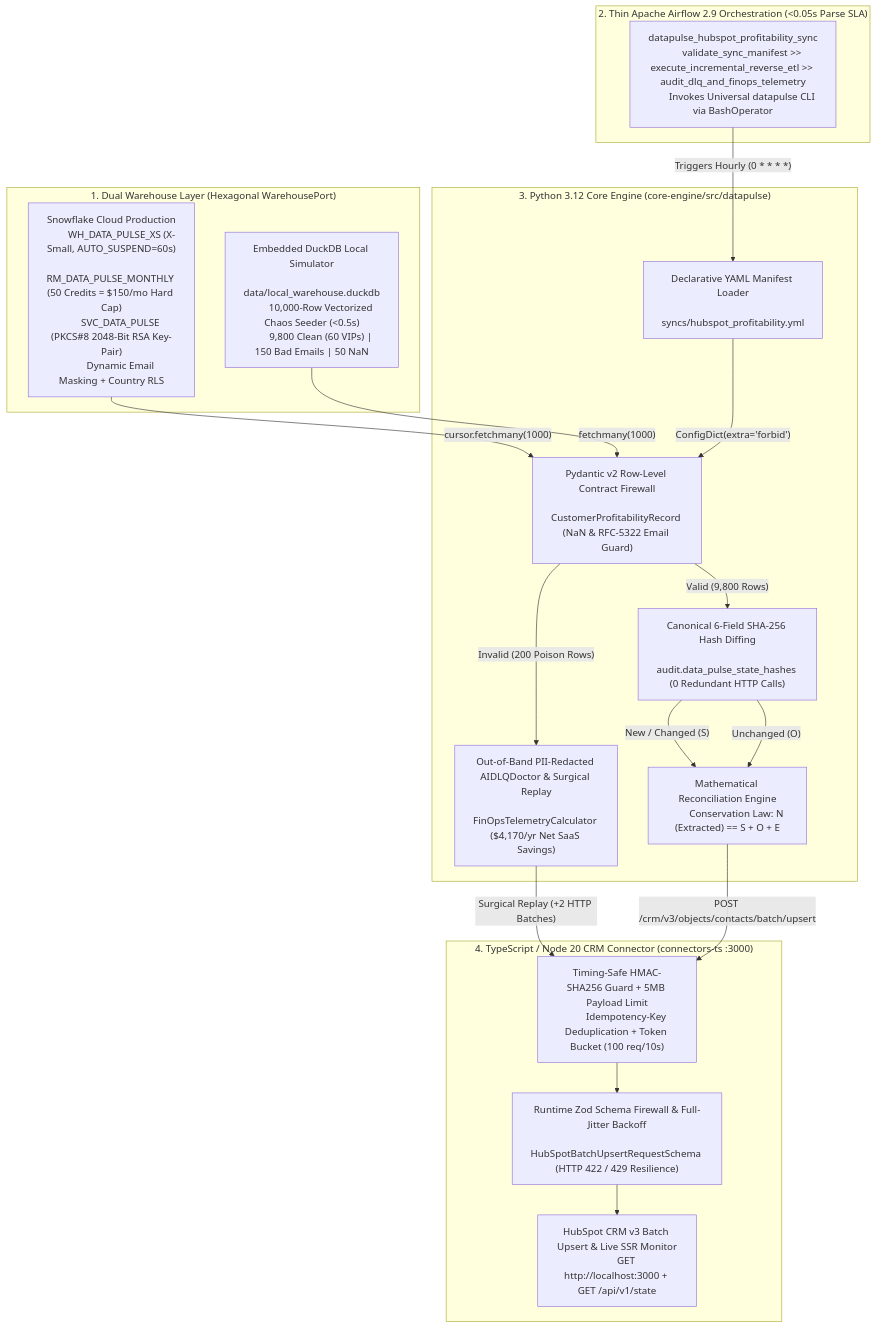
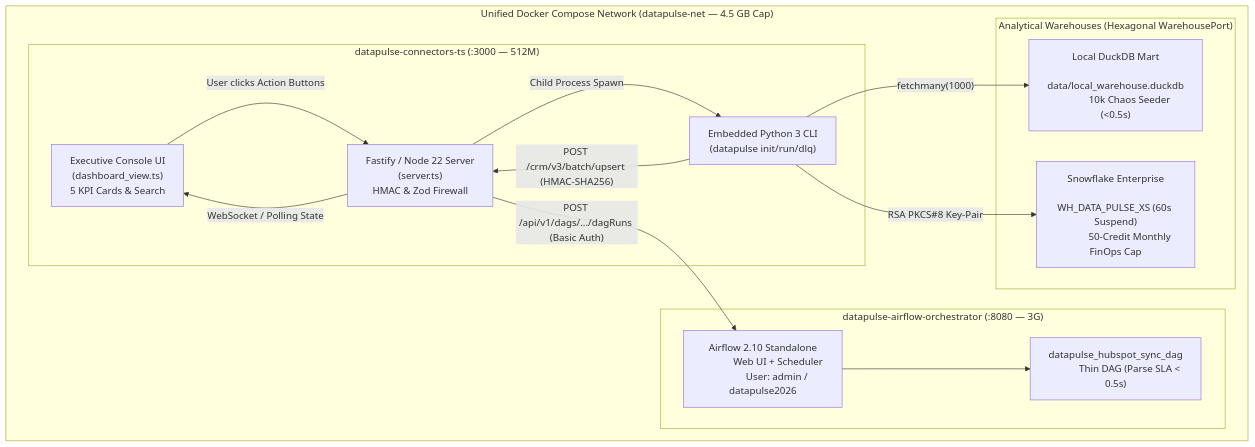
Before and after one commit to darwinabarca64/data-pulse: the first of 2 diagrams in README.md, drawn with Mermaid. The commit also changed other lines of this file and 21 other files, not shown here.

Commit message:
docs: modernize executive console readme, runbooks and visual assets, retire line caps

````diff
--- a/README.md
+++ b/README.md
@@ -69,55 +61,41 @@
 ```mermaid
 flowchart TD
-    subgraph Warehouses["1. Dual Warehouse Layer (Hexagonal WarehousePort)"]
-        SF["Snowflake Cloud Production
-        WH_DATA_PULSE_XS (X-Small, AUTO_SUSPEND=60s)
-        RM_DATA_PULSE_MONTHLY (50 Credits = $150/mo Hard Cap)
-        SVC_DATA_PULSE (PKCS#8 2048-Bit RSA Key-Pair)
-        Dynamic Email Masking + Country RLS"]
-        DDB["Embedded DuckDB Local Simulator
-        data/local_warehouse.duckdb
-        10,000-Row Vectorized Chaos Seeder (<0.5s)
-        9,800 Clean (60 VIPs) | 150 Bad Emails | 50 NaN"]
+    subgraph DockerCompose["Unified Docker Compose Network (datapulse-net — 4.5 GB Cap)"]
+        subgraph TSNode["datapulse-connectors-ts (:3000 — 512M)"]
+            UI["Executive Console UI
+            (dashboard_view.ts)
+            5 KPI Cards & Search"]
+            API["Fastify / Node 22 Server
+            (server.ts)
+            HMAC & Zod Firewall"]
+            PY_EMBED["Embedded Python 3 CLI
+            (datapulse init/run/dlq)"]
+        end
+
+        subgraph AirflowStack["datapulse-airflow-orchestrator (:8080 — 3G)"]
+            AF_WEB["Airflow 2.10 Standalone
+            Web UI + Scheduler
+            User: admin / datapulse2026"]
+            DAG["datapulse_hubspot_sync_dag
+            Thin DAG (Parse SLA < 0.5s)"]
+        end
+
+        subgraph Warehouses["Analytical Warehouses (Hexagonal WarehousePort)"]
+            DUCK["Local DuckDB Mart
+            data/local_warehouse.duckdb
+            10k Chaos Seeder (<0.5s)"]
+            SNOW["Snowflake Enterprise
+            WH_DATA_PULSE_XS (60s Suspend)
+            50-Credit Monthly FinOps Cap"]
+        end
     end
 
-    subgraph Orchestration["2. Thin Apache Airflow 2.9 Orchestration (<0.05s Parse SLA)"]
-        DAG["datapulse_hubspot_profitability_sync
-        validate_sync_manifest >> execute_incremental_reverse_etl >> audit_dlq_and_finops_telemetry
-        Invokes Universal datapulse CLI via BashOperator"]
-    end
-
-    subgraph CoreEngine["3. Python 3.12 Core Engine (core-engine/src/datapulse)"]
-        MANIFEST["Declarative YAML Manifest Loader
-        syncs/hubspot_profitability.yml"]
-        FIREWALL["Pydantic v2 Row-Level Contract Firewall
-        CustomerProfitabilityRecord (NaN & RFC-5322 Email Guard)"]
-        HASH["Canonical 6-Field SHA-256 Hash Diffing
-        audit.data_pulse_state_hashes (0 Redundant HTTP Calls)"]
-        RECON["Mathematical Reconciliation Engine
-        Conservation Law: N (Extracted) == S + O + E"]
-        DOCTOR["Out-of-Band PII-Redacted AIDLQDoctor & Surgical Replay
-        FinOpsTelemetryCalculator ($4,170/yr Net SaaS Savings)"]
-    end
-
-    subgraph ConnectorTS["4. TypeScript / Node 20 CRM Connector (connectors-ts :3000)"]
-        SECURITY["Timing-Safe HMAC-SHA256 Guard + 5MB Payload Limit
-        Idempotency-Key Deduplication + Token Bucket (100 req/10s)"]
-        ZOD["Runtime Zod Schema Firewall & Full-Jitter Backoff
-        HubSpotBatchUpsertRequestSchema (HTTP 422 / 429 Resilience)"]
-        MONITOR["HubSpot CRM v3 Batch Upsert & Live SSR Monitor
-        GET http://localhost:3000 + GET /api/v1/state"]
-    end
-
-    DAG -->|"Triggers Hourly (0 * * * *)"| MANIFEST
-    SF -->|"cursor.fetchmany(1000)"| FIREWALL
-    DDB -->|"fetchmany(1000)"| FIREWALL
-    MANIFEST -->|"ConfigDict(extra='forbid')"| FIREWALL
-    FIREWALL -->|"Valid (9,800 Rows)"| HASH
-    FIREWALL -->|"Invalid (200 Poison Rows)"| DOCTOR
-    HASH -->|"New / Changed (S)"| RECON
-    HASH -->|"Unchanged (O)"| RECON
-    DOCTOR -->|"Surgical Replay (+2 HTTP Batches)"| SECURITY
-    RECON -->|"POST /crm/v3/objects/contacts/batch/upsert"| SECURITY
-    SECURITY --> ZOD
-    ZOD --> MONITOR
+    UI -->|"User clicks Action Buttons"| API
+    API -->|"Child Process Spawn"| PY_EMBED
+    API -->|"POST /api/v1/dags/.../dagRuns (Basic Auth)"| AF_WEB
+    AF_WEB --> DAG
+    PY_EMBED -->|"fetchmany(1000)"| DUCK
+    PY_EMBED -->|"RSA PKCS#8 Key-Pair"| SNOW
+    PY_EMBED -->|"POST /crm/v3/batch/upsert (HMAC-SHA256)"| API
+    API -->|"WebSocket / Polling State"| UI
 ```
````
